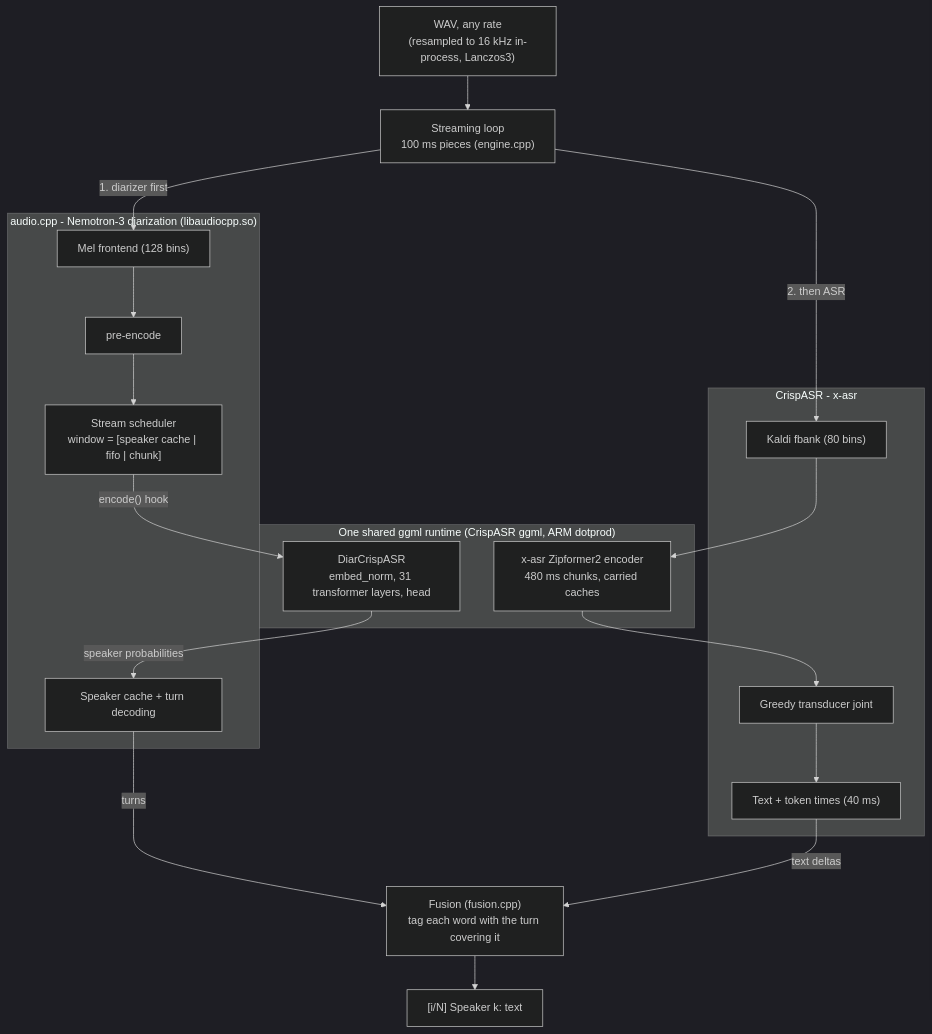
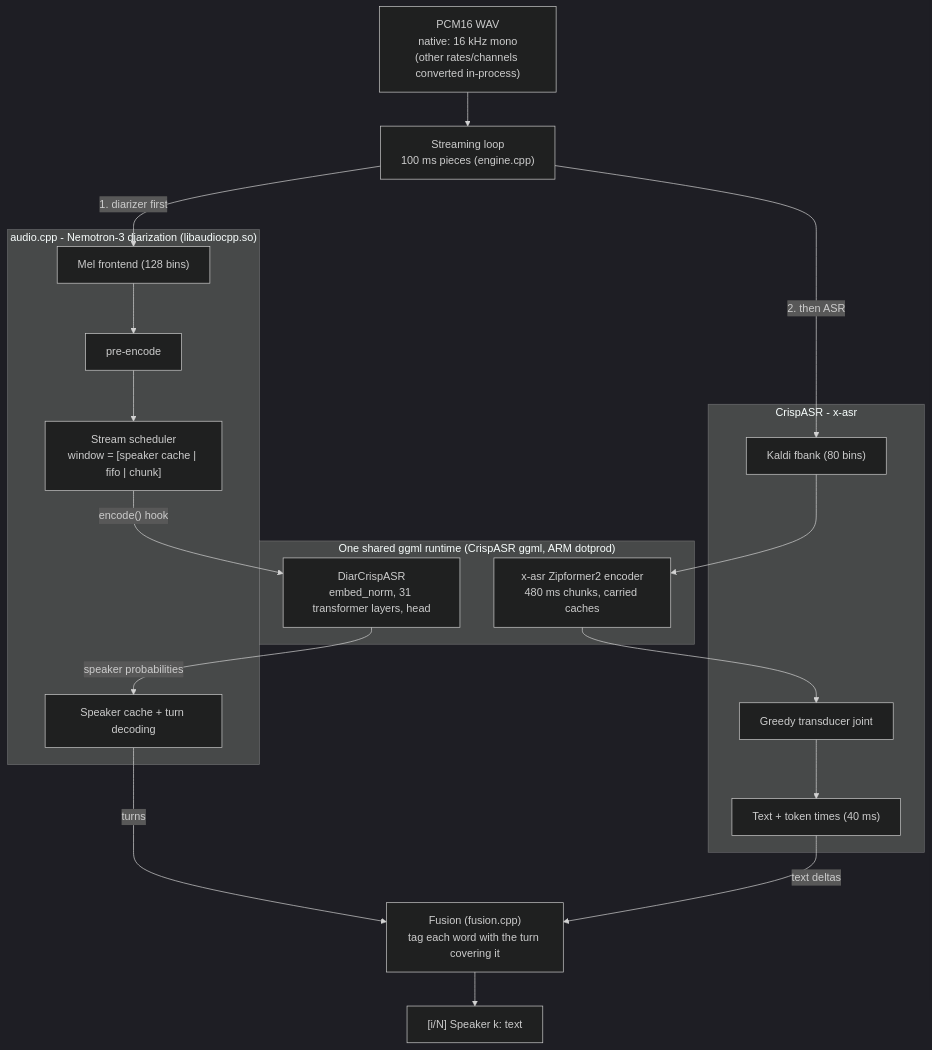
The diagram in README.md (vieenrose/nemo-x-asr-diarizer.cpp), drawn with Mermaid (dark theme) before and after one commit. The commit also changed other lines of this file and 1 other file, not shown here.

First line of the commit message:
README: model links and native 16 kHz mono input; fix fetch_models.sh

````diff
--- a/README.md
+++ b/README.md
@@ -14,29 +14,29 @@
 ```mermaid
 flowchart TB
-    IN["WAV, any rate<br/>(resampled to 16 kHz in-process, Lanczos3)"] --> LOOP["Streaming loop<br/>100 ms pieces (engine.cpp)"]
+    IN["PCM16 WAV<br/>native: 16 kHz mono<br/>(other rates/channels converted in-process)"] --> LOOP["Streaming loop<br/>100 ms pieces (engine.cpp)"]
 
     subgraph RT["One shared ggml runtime (CrispASR ggml, ARM dotprod)"]
         EXT["DiarCrispASR<br/>embed_norm, 31 transformer layers, head"]
         ENC["x-asr Zipformer2 encoder<br/>480 ms chunks, carried caches"]
     end
 
     LOOP -->|"1. diarizer first"| MEL
     LOOP -->|"2. then ASR"| FB
 
     subgraph AC["audio.cpp - Nemotron-3 diarization (libaudiocpp.so)"]
         MEL["Mel frontend (128 bins)"] --> PRE["pre-encode"]
         PRE --> WIN["Stream scheduler<br/>window = [speaker cache | fifo | chunk]"]
         WIN -->|"encode() hook"| EXT
         EXT -->|"speaker probabilities"| AOSC["Speaker cache + turn decoding"]
     end
 
     subgraph XA["CrispASR - x-asr"]
         FB["Kaldi fbank (80 bins)"] --> ENC
         ENC --> JOIN["Greedy transducer joint"]
         JOIN --> TXT["Text + token times (40 ms)"]
     end
 
     AOSC -->|"turns"| FUS
     TXT -->|"text deltas"| FUS
     FUS["Fusion (fusion.cpp)<br/>tag each word with the turn covering it"] --> OUT["[i/N] Speaker k: text"]
 ```
````
